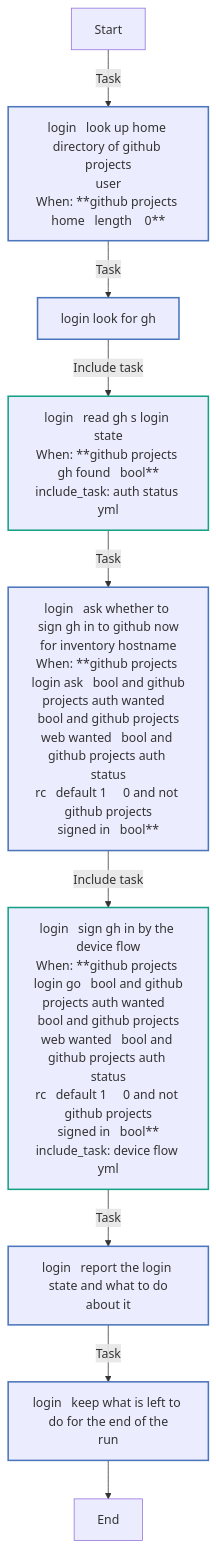
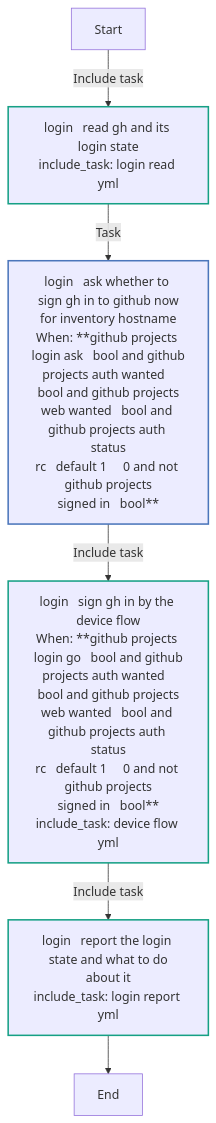
Before and after one commit to kawadeomkar/claude-on-proxmox: the sixth of 10 diagrams in docs/reference/roles/github_projects.md, drawn with Mermaid. The commit also changed other lines of this file and 45 other files, not shown here.

````diff
--- a/docs/reference/roles/github_projects.md
+++ b/docs/reference/roles/github_projects.md
@@ -361,21 +370,18 @@
 ```mermaid
 flowchart TD
 Start
 classDef block stroke:#3498db,stroke-width:2px;
 classDef task stroke:#4b76bb,stroke-width:2px;
 classDef includeTasks stroke:#16a085,stroke-width:2px;
 classDef importTasks stroke:#34495e,stroke-width:2px;
 classDef includeRole stroke:#2980b9,stroke-width:2px;
 classDef importRole stroke:#699ba7,stroke-width:2px;
 classDef includeVars stroke:#8e44ad,stroke-width:2px;
 classDef rescue stroke:#665352,stroke-width:2px;
 
-  Start-->|Task| login___Look_up_home_directory_of_github_projects_user0[login   look up home directory of github projects<br>user<br>When: **github projects home   length    0**]:::task
-  login___Look_up_home_directory_of_github_projects_user0-->|Task| login___Look_for_gh1[login   look for gh]:::task
-  login___Look_for_gh1-->|Include task| login___Read_gh_s_login_state_auth_status_yml_2[login   read gh s login state<br>When: **github projects gh found   bool**<br>include_task: auth status yml]:::includeTasks
-  login___Read_gh_s_login_state_auth_status_yml_2-->|Task| login___Ask_whether_to_sign_gh_in_to_GitHub_now_for_inventory_hostname3[login   ask whether to sign gh in to github now<br>for inventory hostname<br>When: **github projects login ask   bool and github<br>projects auth wanted   bool and github projects<br>web wanted   bool and github projects auth status<br>rc   default 1     0 and not github projects<br>signed in   bool**]:::task
-  login___Ask_whether_to_sign_gh_in_to_GitHub_now_for_inventory_hostname3-->|Include task| login___Sign_gh_in_by_the_device_flow_device_flow_yml_4[login   sign gh in by the device flow<br>When: **github projects login go   bool and github<br>projects auth wanted   bool and github projects<br>web wanted   bool and github projects auth status<br>rc   default 1     0 and not github projects<br>signed in   bool**<br>include_task: device flow yml]:::includeTasks
-  login___Sign_gh_in_by_the_device_flow_device_flow_yml_4-->|Task| login___Report_the_login_state_and_what_to_do_about_it5[login   report the login state and what to do<br>about it]:::task
-  login___Report_the_login_state_and_what_to_do_about_it5-->|Task| login___Keep_what_is_left_to_do_for_the_end_of_the_run6[login   keep what is left to do for the end of the<br>run]:::task
-  login___Keep_what_is_left_to_do_for_the_end_of_the_run6-->End
+  Start-->|Include task| login___Read_gh_and_its_login_state_login_read_yml_0[login   read gh and its login state<br>include_task: login read yml]:::includeTasks
+  login___Read_gh_and_its_login_state_login_read_yml_0-->|Task| login___Ask_whether_to_sign_gh_in_to_GitHub_now_for_inventory_hostname1[login   ask whether to sign gh in to github now<br>for inventory hostname<br>When: **github projects login ask   bool and github<br>projects auth wanted   bool and github projects<br>web wanted   bool and github projects auth status<br>rc   default 1     0 and not github projects<br>signed in   bool**]:::task
+  login___Ask_whether_to_sign_gh_in_to_GitHub_now_for_inventory_hostname1-->|Include task| login___Sign_gh_in_by_the_device_flow_device_flow_yml_2[login   sign gh in by the device flow<br>When: **github projects login go   bool and github<br>projects auth wanted   bool and github projects<br>web wanted   bool and github projects auth status<br>rc   default 1     0 and not github projects<br>signed in   bool**<br>include_task: device flow yml]:::includeTasks
+  login___Sign_gh_in_by_the_device_flow_device_flow_yml_2-->|Include task| login___Report_the_login_state_and_what_to_do_about_it_login_report_yml_3[login   report the login state and what to do<br>about it<br>include_task: login report yml]:::includeTasks
+  login___Report_the_login_state_and_what_to_do_about_it_login_report_yml_3-->End
 ```
````
